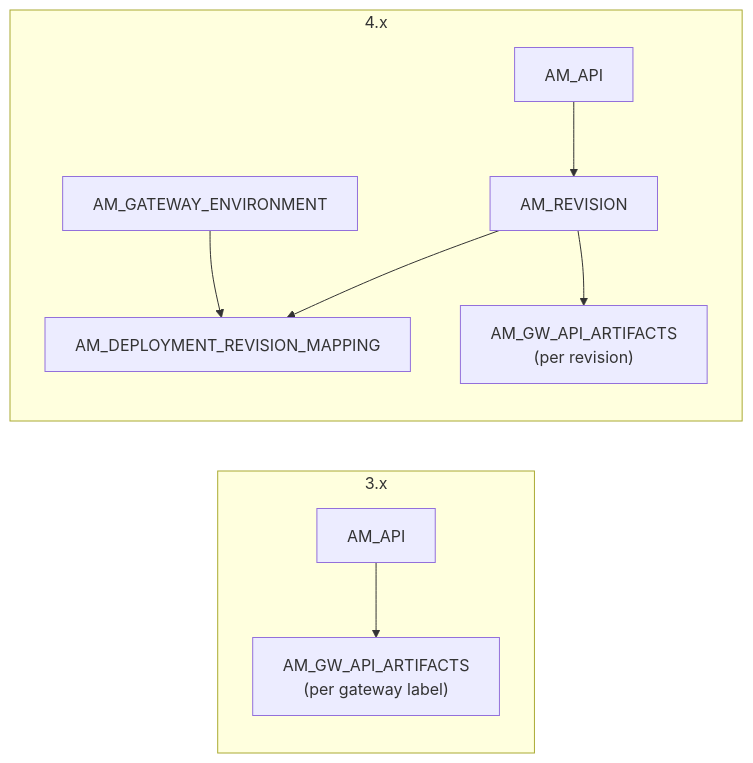
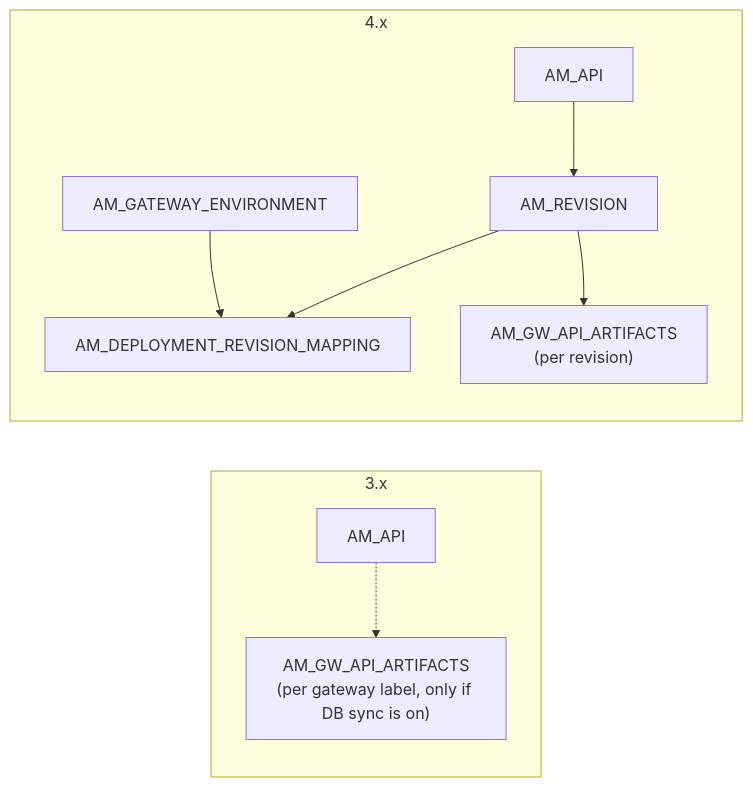
Before and after one commit to SaviNimz/apim-db-docs: the first of 11 diagrams in docs/comparison.md, drawn with Mermaid. The commit also changed other lines of this file and 55 other files, not shown here.

First line of the commit message:
Verify all core flows against running 3.2.0 and 4.7.0 servers

````diff
--- a/docs/comparison.md
+++ b/docs/comparison.md
@@ -41,12 +41,12 @@
 ```mermaid
 flowchart LR
     subgraph "3.x"
-        A3[AM_API] --> G3["AM_GW_API_ARTIFACTS<br/>(per gateway label)"]
+        A3[AM_API] -.-> G3["AM_GW_API_ARTIFACTS<br/>(per gateway label, only if DB sync is on)"]
     end
     subgraph "4.x"
         A4[AM_API] --> R4[AM_REVISION]
         R4 --> D4[AM_DEPLOYMENT_REVISION_MAPPING]
         E4[AM_GATEWAY_ENVIRONMENT] --> D4
         R4 --> G4["AM_GW_API_ARTIFACTS<br/>(per revision)"]
     end
 ```
````
